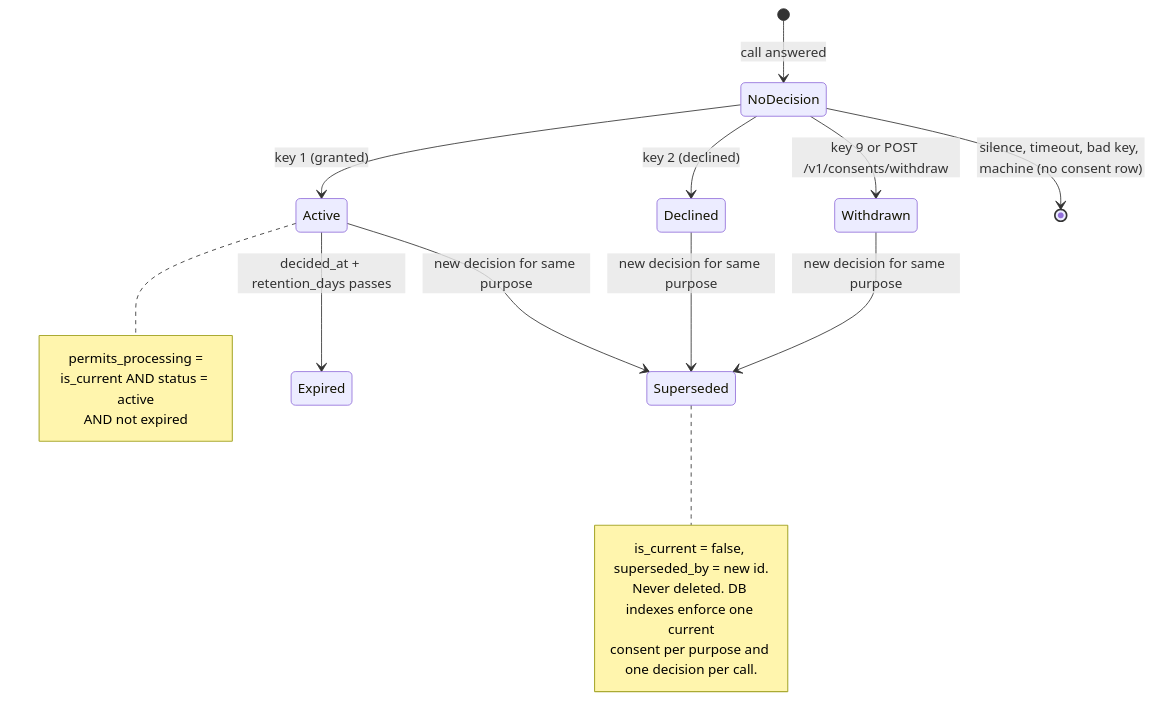
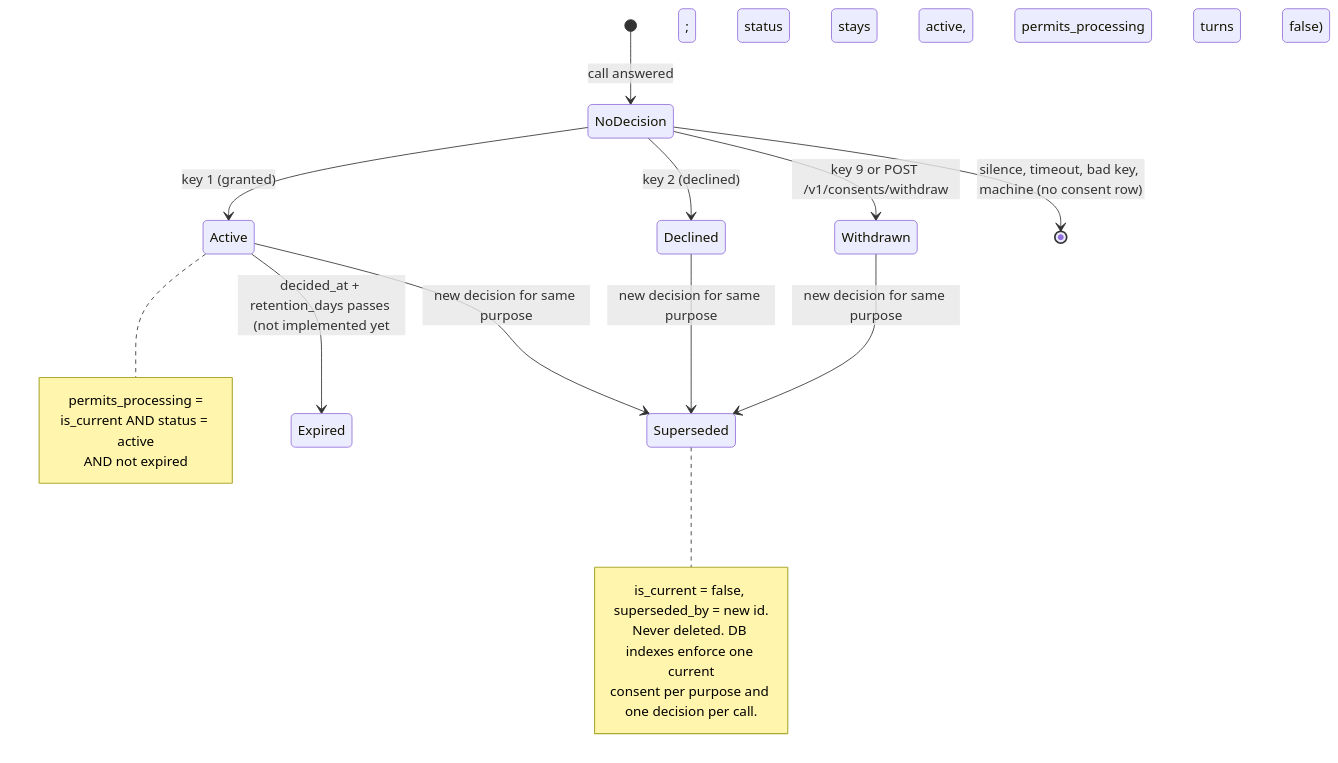
One commit to ajitbubu/IVR-consent-collection changed the fourth of 6 diagrams in doc/architecture.md. Above: the diagram before and after it, drawn with Mermaid. The commit also changed other lines of this file and 4 other files, not shown here.

````diff
--- a/doc/architecture.md
+++ b/doc/architecture.md
@@ -145,25 +145,25 @@
 ```mermaid
 stateDiagram-v2
     [*] --> NoDecision: call answered
 
     NoDecision --> Active: key 1 (granted)
     NoDecision --> Declined: key 2 (declined)
     NoDecision --> Withdrawn: key 9 or POST /v1/consents/withdraw
     NoDecision --> [*]: silence, timeout, bad key, machine (no consent row)
 
     Active --> Superseded: new decision for same purpose
     Declined --> Superseded: new decision for same purpose
     Withdrawn --> Superseded: new decision for same purpose
-    Active --> Expired: decided_at + retention_days passes
+    Active --> Expired: decided_at + retention_days passes (not implemented yet; status stays active, permits_processing turns false)
 
     note right of Active
         permits_processing =
         is_current AND status = active
         AND not expired
     end note
     note right of Superseded
         is_current = false, superseded_by = new id.
         Never deleted. DB indexes enforce one current
         consent per purpose and one decision per call.
     end note
 ```
````
